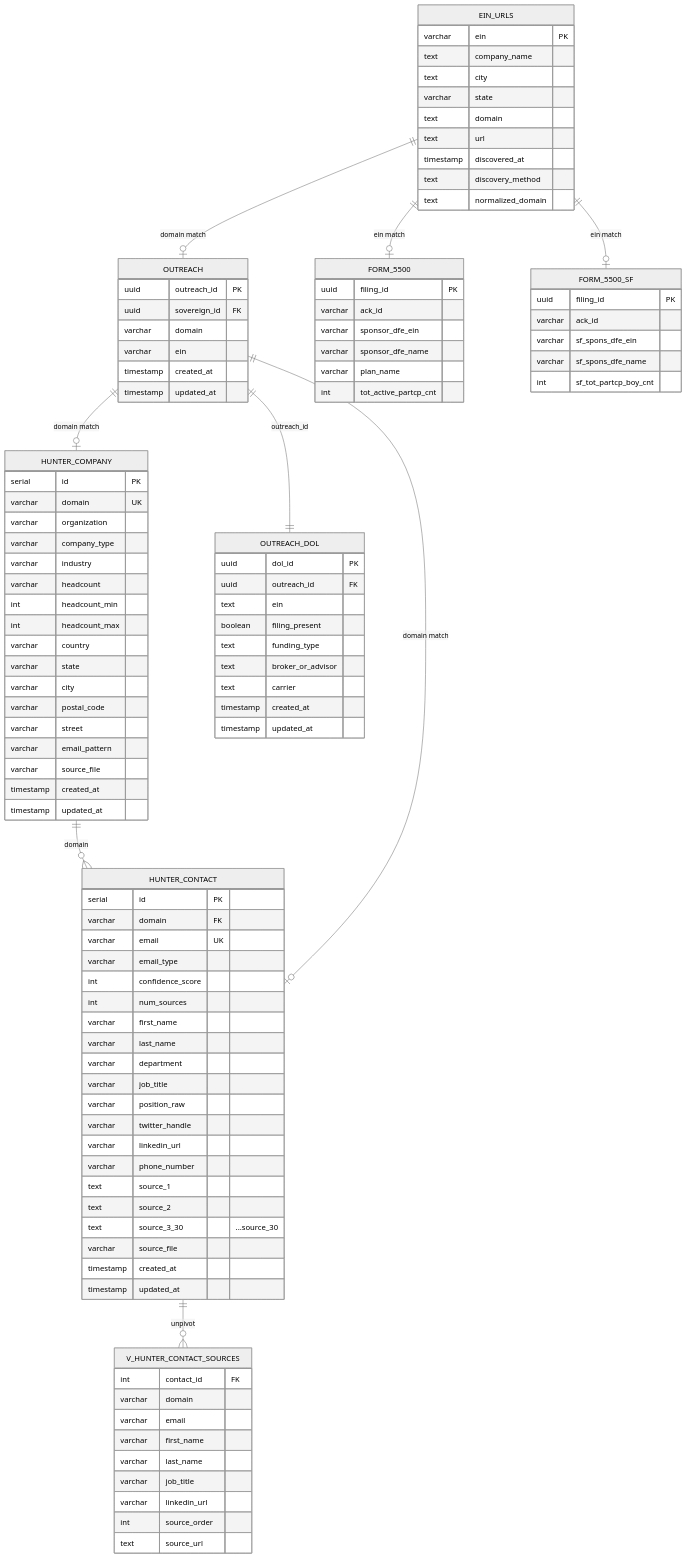
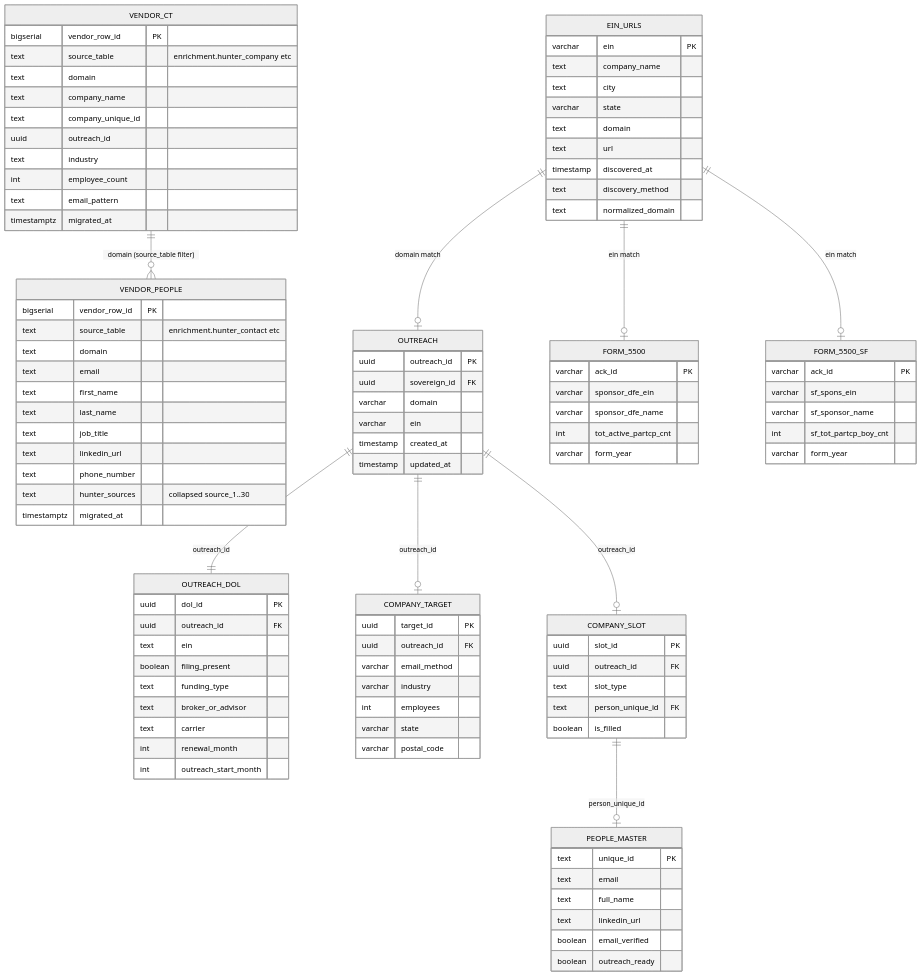
The diagram in docs/diagrams/HUNTER_DOL_ERD.md (djb258/barton-outreach-core), drawn with Mermaid (neutral theme) before and after one commit. The commit also changed other lines of this file and 17 other files, not shown here.

````diff
--- a/docs/diagrams/HUNTER_DOL_ERD.md
+++ b/docs/diagrams/HUNTER_DOL_ERD.md
@@ -10,67 +10,39 @@
 ```mermaid
 erDiagram
-    HUNTER_COMPANY ||--o{ HUNTER_CONTACT : "domain"
-    HUNTER_CONTACT ||--o{ V_HUNTER_CONTACT_SOURCES : "unpivot"
-    OUTREACH ||--o| HUNTER_COMPANY : "domain match"
-    OUTREACH ||--o| HUNTER_CONTACT : "domain match"
+    VENDOR_CT ||--o{ VENDOR_PEOPLE : "domain (source_table filter)"
     OUTREACH ||--|| OUTREACH_DOL : "outreach_id"
     EIN_URLS ||--o| OUTREACH : "domain match"
     EIN_URLS ||--o| FORM_5500 : "ein match"
     EIN_URLS ||--o| FORM_5500_SF : "ein match"
+    OUTREACH ||--o| COMPANY_TARGET : "outreach_id"
+    OUTREACH ||--o| COMPANY_SLOT : "outreach_id"
+    COMPANY_SLOT ||--o| PEOPLE_MASTER : "person_unique_id"
 
-    HUNTER_COMPANY {
-        serial id PK
-        varchar domain UK
-        varchar organization
-        varchar company_type
-        varchar industry
-        varchar headcount
-        int headcount_min
-        int headcount_max
-        varchar country
-        varchar state
-        varchar city
-        varchar postal_code
-        varchar street
-        varchar email_pattern
-        varchar source_file
-        timestamp created_at
-        timestamp updated_at
+    VENDOR_CT {
+        bigserial vendor_row_id PK
+        text source_table "enrichment.hunter_company etc"
+        text domain
+        text company_name
+        text company_unique_id
+        uuid outreach_id
+        text industry
+        int employee_count
+        text email_pattern
+        timestamptz migrated_at
     }
 
-    HUNTER_CONTACT {
-        serial id PK
-        varchar domain FK
-        varchar email UK
-        varchar email_type
-        int confidence_score
-        int num_sources
-        varchar first_name
-        varchar last_name
-        varchar department
-        varchar job_title
-        varchar position_raw
-        varchar twitter_handle
-        varchar linkedin_url
-        varchar phone_number
-        text source_1
-        text source_2
-        text source_3_30 "...source_30"
-        varchar source_file
-        timestamp created_at
-        timestamp updated_at
-    }
-
-    V_HUNTER_CONTACT_SOURCES {
-        int contact_id FK
-        varchar domain
-        varchar email
-        varchar first_name
-        varchar last_name
-        varchar job_title
-        varchar linkedin_url
-        int source_order
-        text source_url
+    VENDOR_PEOPLE {
+        bigserial vendor_row_id PK
+        text source_table "enrichment.hunter_contact etc"
+        text domain
+        text email
+        text first_name
+        text last_name
+        text job_title
+        text linkedin_url
+        text phone_number
+        text hunter_sources "collapsed source_1..30"
+        timestamptz migrated_at
     }
 
     EIN_URLS {
@@ -94,6 +66,16 @@
         timestamp updated_at
     }
 
+    COMPANY_TARGET {
+        uuid target_id PK
+        uuid outreach_id FK
+        varchar email_method
+        varchar industry
+        int employees
+        varchar state
+        varchar postal_code
+    }
+
     OUTREACH_DOL {
         uuid dol_id PK
         uuid outreach_id FK
@@ -102,24 +84,40 @@
         text funding_type
         text broker_or_advisor
         text carrier
-        timestamp created_at
-        timestamp updated_at
+        int renewal_month
+        int outreach_start_month
+    }
+
+    COMPANY_SLOT {
+        uuid slot_id PK
+        uuid outreach_id FK
+        text slot_type
+        text person_unique_id FK
+        boolean is_filled
+    }
+
+    PEOPLE_MASTER {
+        text unique_id PK
+        text email
+        text full_name
+        text linkedin_url
+        boolean email_verified
+        boolean outreach_ready
     }
 
     FORM_5500 {
-        uuid filing_id PK
-        varchar ack_id
+        varchar ack_id PK
         varchar sponsor_dfe_ein
         varchar sponsor_dfe_name
-        varchar plan_name
         int tot_active_partcp_cnt
+        varchar form_year
     }
 
     FORM_5500_SF {
-        uuid filing_id PK
-        varchar ack_id
-        varchar sf_spons_dfe_ein
-        varchar sf_spons_dfe_name
+        varchar ack_id PK
+        varchar sf_spons_ein
+        varchar sf_sponsor_name
         int sf_tot_partcp_boy_cnt
+        varchar form_year
     }
 ```
````
